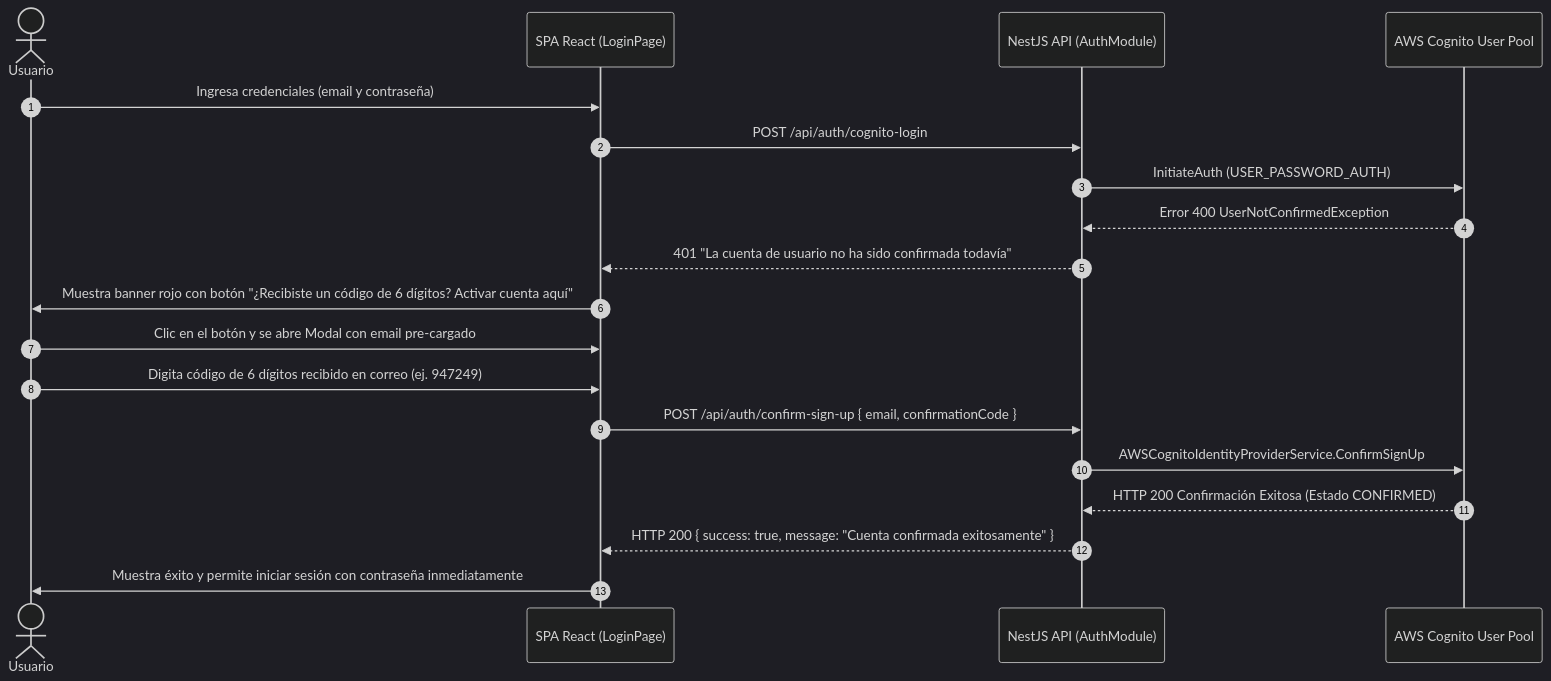
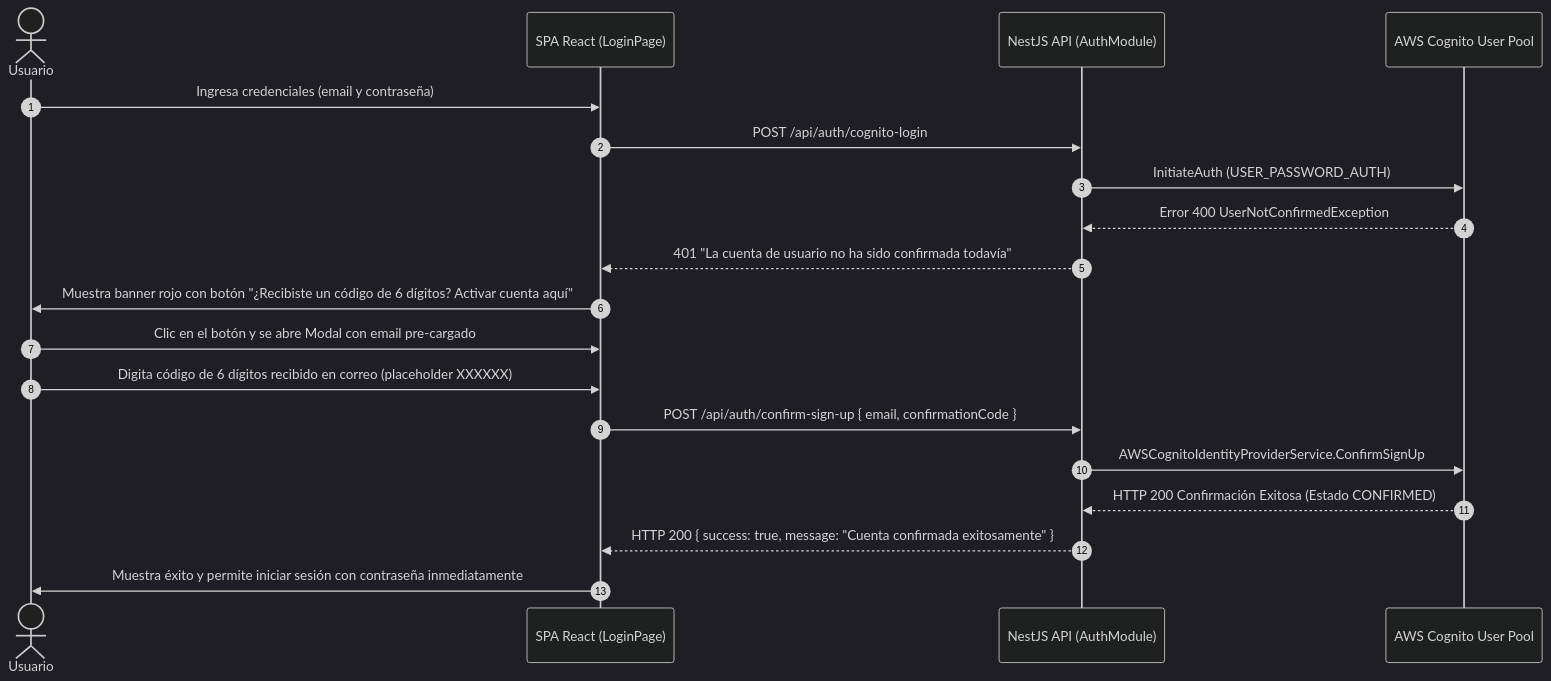
The diagram in docs/avance-pr29.md (MartinTCorrea/proyecto-capstone-frontend), drawn with Mermaid (dark theme) before and after one commit. The commit also changed 4 other files, not shown here.

````diff
--- a/docs/avance-pr29.md
+++ b/docs/avance-pr29.md
@@ -41,22 +41,22 @@
 ```mermaid
 sequenceDiagram
     autonumber
     actor Usuario
     participant Frontend as SPA React (LoginPage)
     participant Backend as NestJS API (AuthModule)
     participant Cognito as AWS Cognito User Pool
 
     Usuario->>Frontend: Ingresa credenciales (email y contraseña)
     Frontend->>Backend: POST /api/auth/cognito-login
     Backend->>Cognito: InitiateAuth (USER_PASSWORD_AUTH)
     Cognito-->>Backend: Error 400 UserNotConfirmedException
     Backend-->>Frontend: 401 "La cuenta de usuario no ha sido confirmada todavía"
     Frontend->>Usuario: Muestra banner rojo con botón "¿Recibiste un código de 6 dígitos? Activar cuenta aquí"
     Usuario->>Frontend: Clic en el botón y se abre Modal con email pre-cargado
-    Usuario->>Frontend: Digita código de 6 dígitos recibido en correo (ej. 947249)
+    Usuario->>Frontend: Digita código de 6 dígitos recibido en correo (placeholder XXXXXX)
     Frontend->>Backend: POST /api/auth/confirm-sign-up { email, confirmationCode }
     Backend->>Cognito: AWSCognitoIdentityProviderService.ConfirmSignUp
     Cognito-->>Backend: HTTP 200 Confirmación Exitosa (Estado CONFIRMED)
     Backend-->>Frontend: HTTP 200 { success: true, message: "Cuenta confirmada exitosamente" }
     Frontend->>Usuario: Muestra éxito y permite iniciar sesión con contraseña inmediatamente
 ```
````
